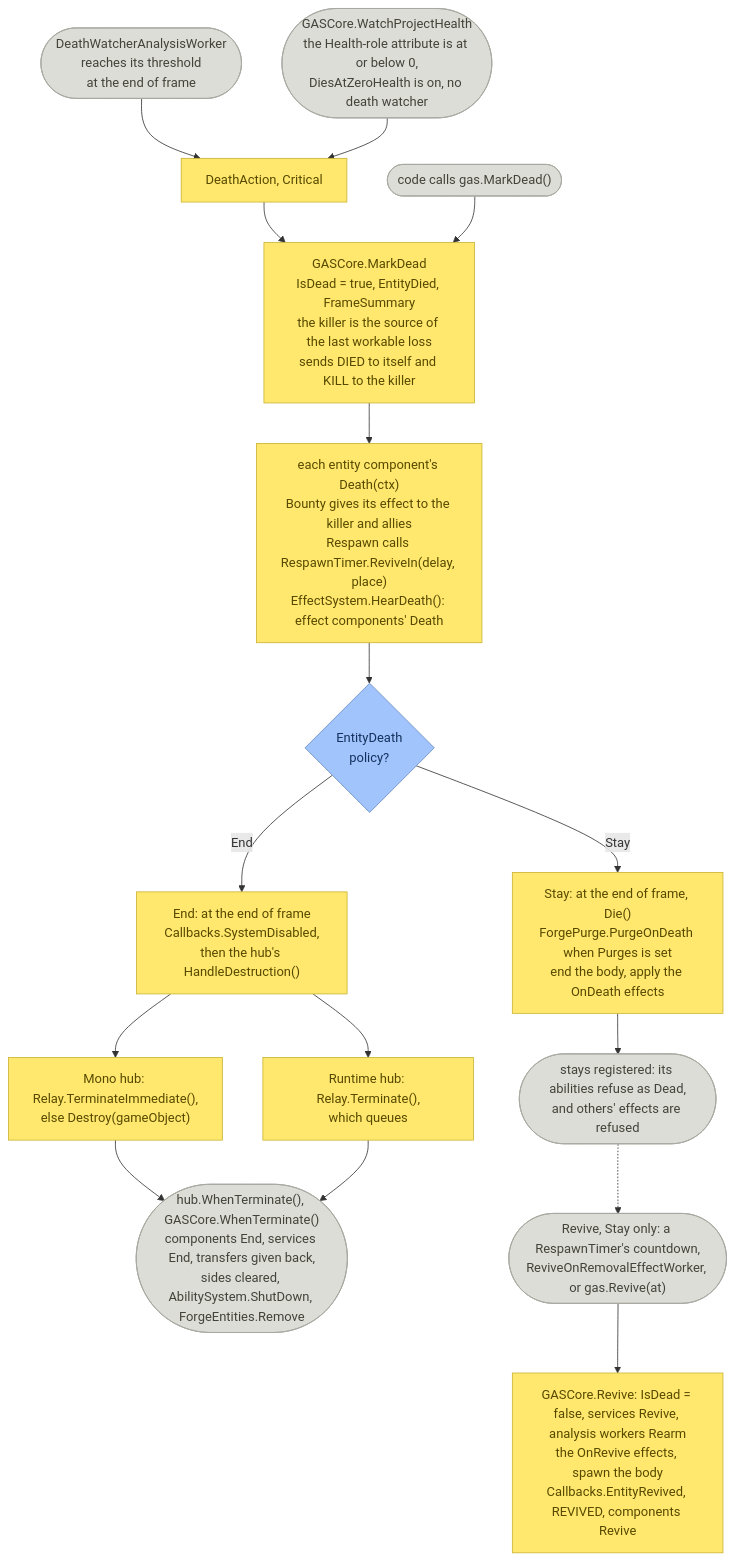
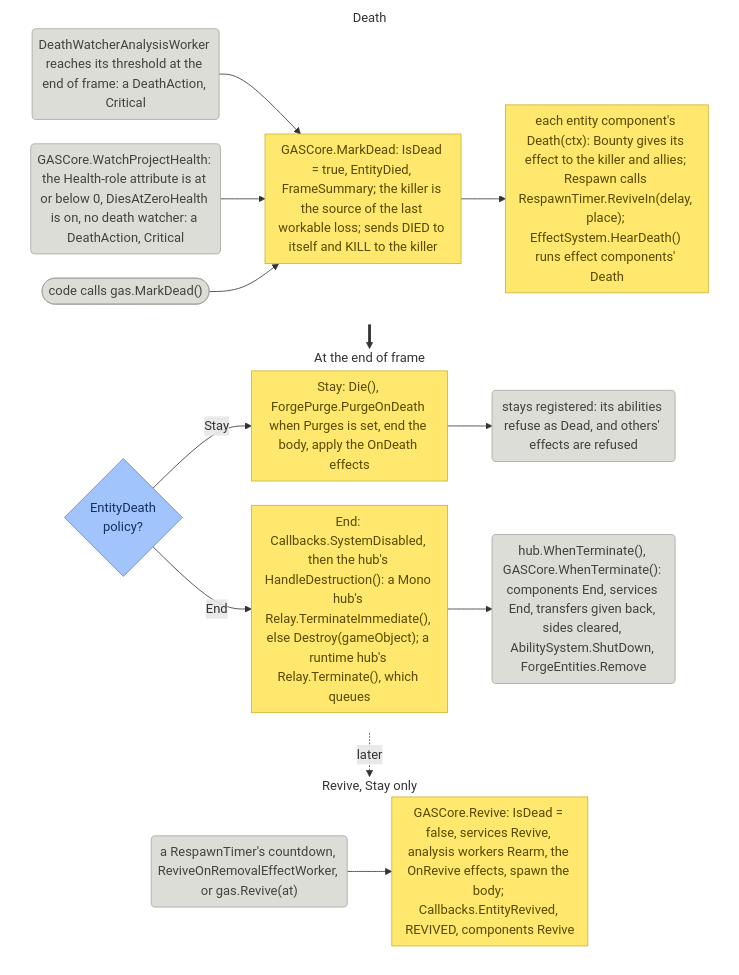
The diagram in docfx/diagrams/3.4-death-and-revive.mmd (gabedvdsn/PlayForge), drawn with Mermaid before and after one commit. The commit also changed 4 other files, not shown here.

First line of the commit message:
EP-82: the docs' flowcharts drawn in rows, not one long column

```diff
--- a/docfx/diagrams/3.4-death-and-revive.mmd
+++ b/docfx/diagrams/3.4-death-and-revive.mmd
@@ -1,30 +1,45 @@
-flowchart TD
+---
+config:
+  flowchart:
+    wrappingWidth: 210
+    padding: 8
+    nodeSpacing: 30
+    rankSpacing: 30
+---
+flowchart TB
 classDef general fill:#FFE86D,stroke:#CBB333,color:#574900
 classDef decision fill:#A0C4FB,stroke:#6A8BBF,color:#14315E
 classDef terminator fill:#DDDDD8,stroke:#A8A8A0,color:#434339
-t1(["DeathWatcherAnalysisWorker<br/>reaches its threshold<br/>at the end of frame"]):::terminator
-t2(["GASCore.WatchProjectHealth<br/>the Health-role attribute is at or below 0,<br/>DiesAtZeroHealth is on, no death watcher"]):::terminator
+subgraph r1 ["Death"]
+direction LR
+t1("DeathWatcherAnalysisWorker reaches its threshold at the end of frame: a DeathAction, Critical"):::terminator
+t2("GASCore.WatchProjectHealth: the Health-role attribute is at or below 0, DiesAtZeroHealth is on, no death watcher: a DeathAction, Critical"):::terminator
 t3(["code calls gas.MarkDead()"]):::terminator
-da["DeathAction, Critical"]:::general
-md["GASCore.MarkDead<br/>IsDead = true, EntityDied, FrameSummary<br/>the killer is the source of the last workable loss<br/>sends DIED to itself and KILL to the killer"]:::general
-ec["each entity component's Death(ctx)<br/>Bounty gives its effect to the killer and allies<br/>Respawn calls RespawnTimer.ReviveIn(delay, place)<br/>EffectSystem.HearDeath(): effect components' Death"]:::general
+md["GASCore.MarkDead: IsDead = true, EntityDied, FrameSummary; the killer is the source of the last workable loss; sends DIED to itself and KILL to the killer"]:::general
+ec["each entity component's Death(ctx): Bounty gives its effect to the killer and allies; Respawn calls RespawnTimer.ReviveIn(delay, place); EffectSystem.HearDeath() runs effect components' Death"]:::general
+t1 --> md
+t2 --> md
+t3 --> md
+md --> ec
+end
+subgraph r2 ["At the end of frame"]
+direction LR
 p{"EntityDeath<br/>policy?"}:::decision
-st["Stay: at the end of frame, Die()<br/>ForgePurge.PurgeOnDeath when Purges is set<br/>end the body, apply the OnDeath effects"]:::general
-st2(["stays registered: its abilities refuse as Dead,<br/>and others' effects are refused"]):::terminator
-en["End: at the end of frame<br/>Callbacks.SystemDisabled,<br/>then the hub's HandleDestruction()"]:::general
-mono["Mono hub: Relay.TerminateImmediate(),<br/>else Destroy(gameObject)"]:::general
-rth["Runtime hub: Relay.Terminate(),<br/>which queues"]:::general
-wt(["hub.WhenTerminate(), GASCore.WhenTerminate()<br/>components End, services End, transfers given back,<br/>sides cleared, AbilitySystem.ShutDown, ForgeEntities.Remove"]):::terminator
-rv(["Revive, Stay only: a RespawnTimer's countdown,<br/>ReviveOnRemovalEffectWorker, or gas.Revive(at)"]):::terminator
-r1["GASCore.Revive: IsDead = false, services Revive, analysis workers Rearm<br/>the OnRevive effects, spawn the body<br/>Callbacks.EntityRevived, REVIVED, components Revive"]:::general
-t1 --> da
-t2 --> da
-da --> md
-t3 --> md
-md --> ec --> p
+st["Stay: Die(), ForgePurge.PurgeOnDeath when Purges is set, end the body, apply the OnDeath effects"]:::general
+st2("stays registered: its abilities refuse as Dead, and others' effects are refused"):::terminator
+en["End: Callbacks.SystemDisabled, then the hub's HandleDestruction(): a Mono hub's Relay.TerminateImmediate(), else Destroy(gameObject); a runtime hub's Relay.Terminate(), which queues"]:::general
+wt("hub.WhenTerminate(), GASCore.WhenTerminate(): components End, services End, transfers given back, sides cleared, AbilitySystem.ShutDown, ForgeEntities.Remove"):::terminator
 p -->|Stay| st --> st2
-p -->|End| en
-en --> mono --> wt
-en --> rth --> wt
-st2 -.-> rv
-rv --> r1
+p -->|End| en --> wt
+end
+subgraph r3 ["Revive, Stay only"]
+direction LR
+rv("a RespawnTimer's countdown, ReviveOnRemovalEffectWorker, or gas.Revive(at)"):::terminator
+rev["GASCore.Revive: IsDead = false, services Revive, analysis workers Rearm, the OnRevive effects, spawn the body; Callbacks.EntityRevived, REVIVED, components Revive"]:::general
+rv --> rev
+end
+r1 ==> r2
+r2 -.->|later| r3
+style r1 fill:none,stroke:none
+style r2 fill:none,stroke:none
+style r3 fill:none,stroke:none
```
